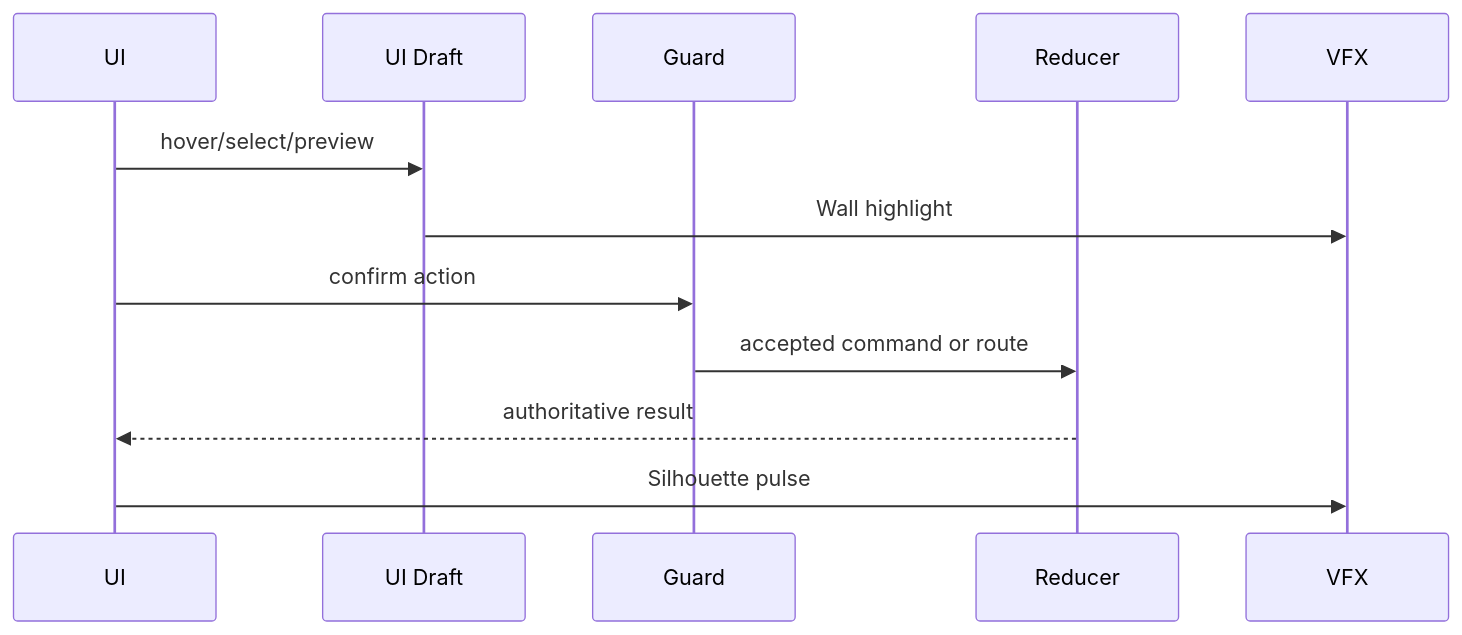
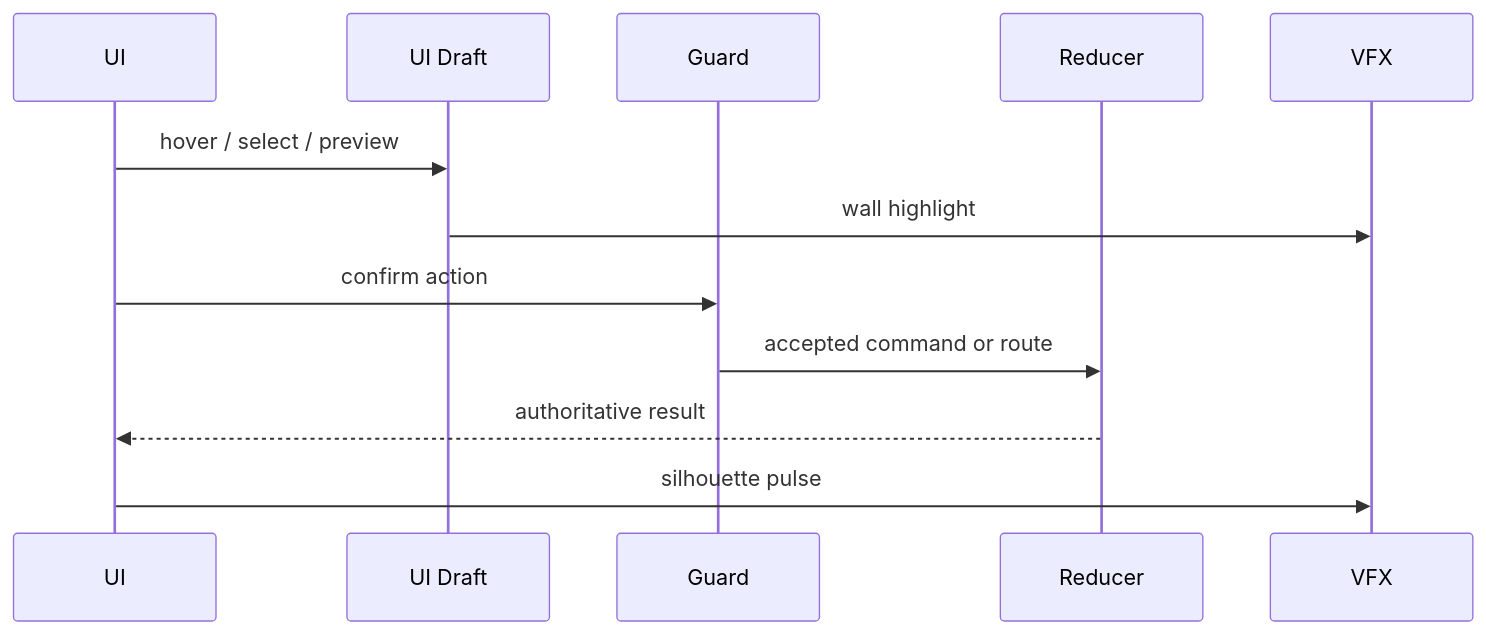
One commit to SunaNoOshiro/Heroes_Reforged_AI_Realms changed the fourth of 5 diagrams in docs/architecture/wiki/screens/34-fort-view/architecture.md. Above: the diagram before and after it, drawn with Mermaid. The commit also changed other lines of this file and 518 other files, not shown here.

First line of the commit message:
Add doc-audit skill and sweep architecture/screen docs

````diff
--- a/docs/architecture/wiki/screens/34-fort-view/architecture.md
+++ b/docs/architecture/wiki/screens/34-fort-view/architecture.md
@@ -52,14 +70,14 @@
 ```mermaid
 sequenceDiagram
   participant UI
   participant Draft as UI Draft
   participant Guard
   participant Reducer
   participant VFX
-  UI->>Draft: hover/select/preview
-  Draft->>VFX: Wall highlight
+  UI->>Draft: hover / select / preview
+  Draft->>VFX: wall highlight
   UI->>Guard: confirm action
   Guard->>Reducer: accepted command or route
   Reducer-->>UI: authoritative result
-  UI->>VFX: Silhouette pulse
+  UI->>VFX: silhouette pulse
 ```
````
